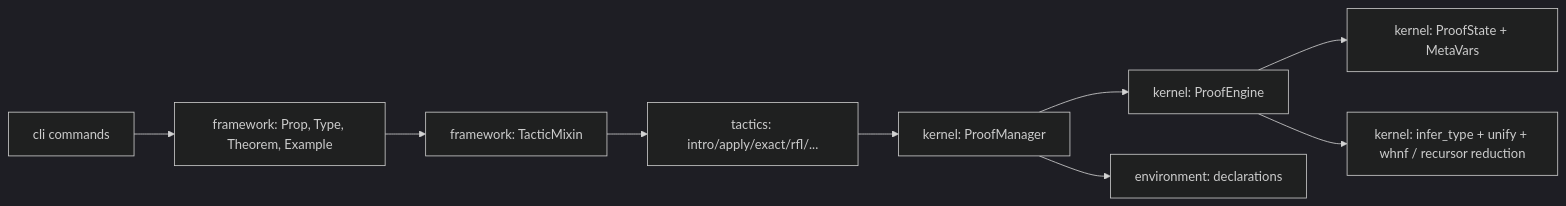
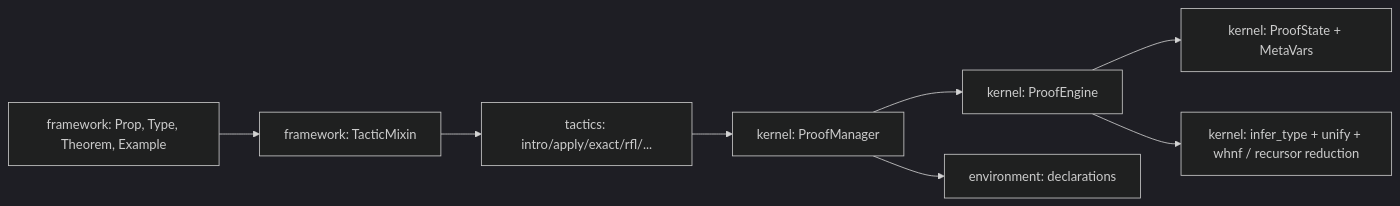
Before and after one commit to kumo01GitHub/poussins: the second of 2 diagrams in docs/developer-guide.md, drawn with Mermaid (dark theme). The commit also changed other lines of this file and 8 other files, not shown here.

````diff
--- a/docs/developer-guide.md
+++ b/docs/developer-guide.md
@@ -83,11 +78,10 @@
 ```mermaid
 flowchart LR
     DSL[framework: Prop, Type, Theorem, Example] --> Mixin[framework: TacticMixin]
     Mixin --> Tactics[tactics: intro/apply/exact/rfl/...]
     Tactics --> Manager[kernel: ProofManager]
     Manager --> Engine[kernel: ProofEngine]
     Engine --> State[kernel: ProofState + MetaVars]
     Engine --> TC[kernel: infer_type + unify + whnf / recursor reduction]
     Manager --> Env[environment: declarations]
-    CLI[cli commands] --> DSL
 ```
````
